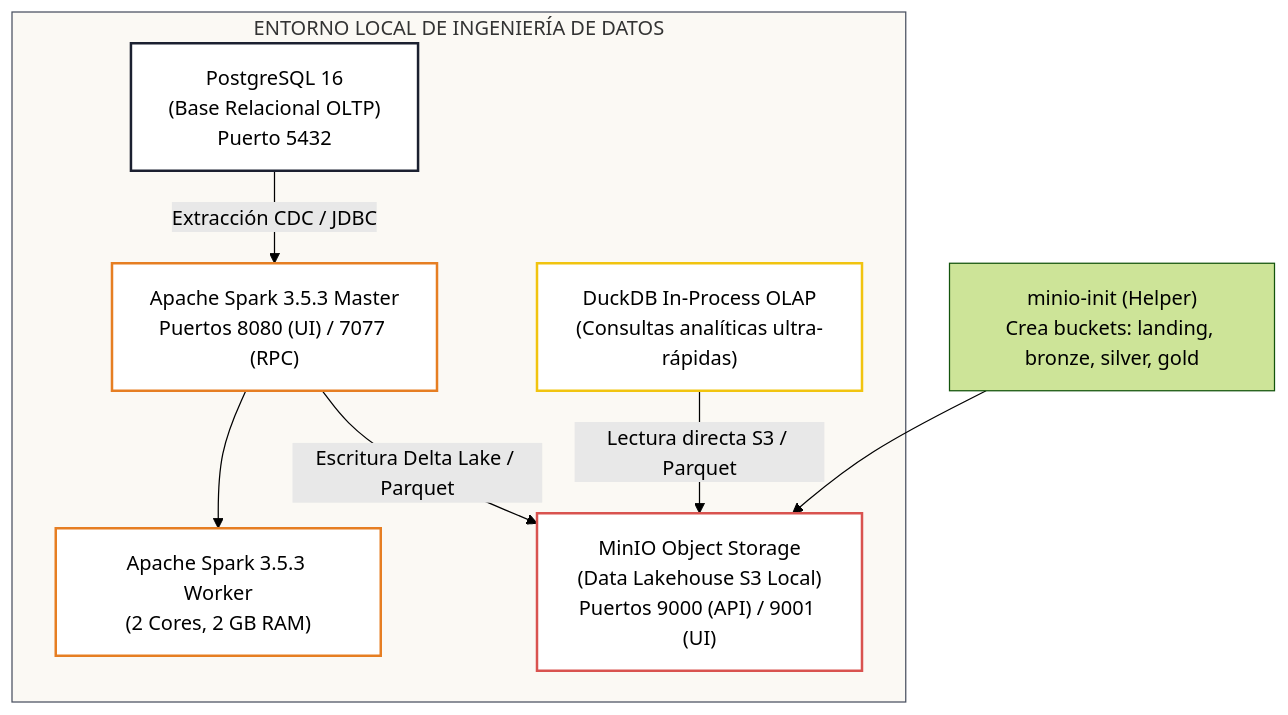
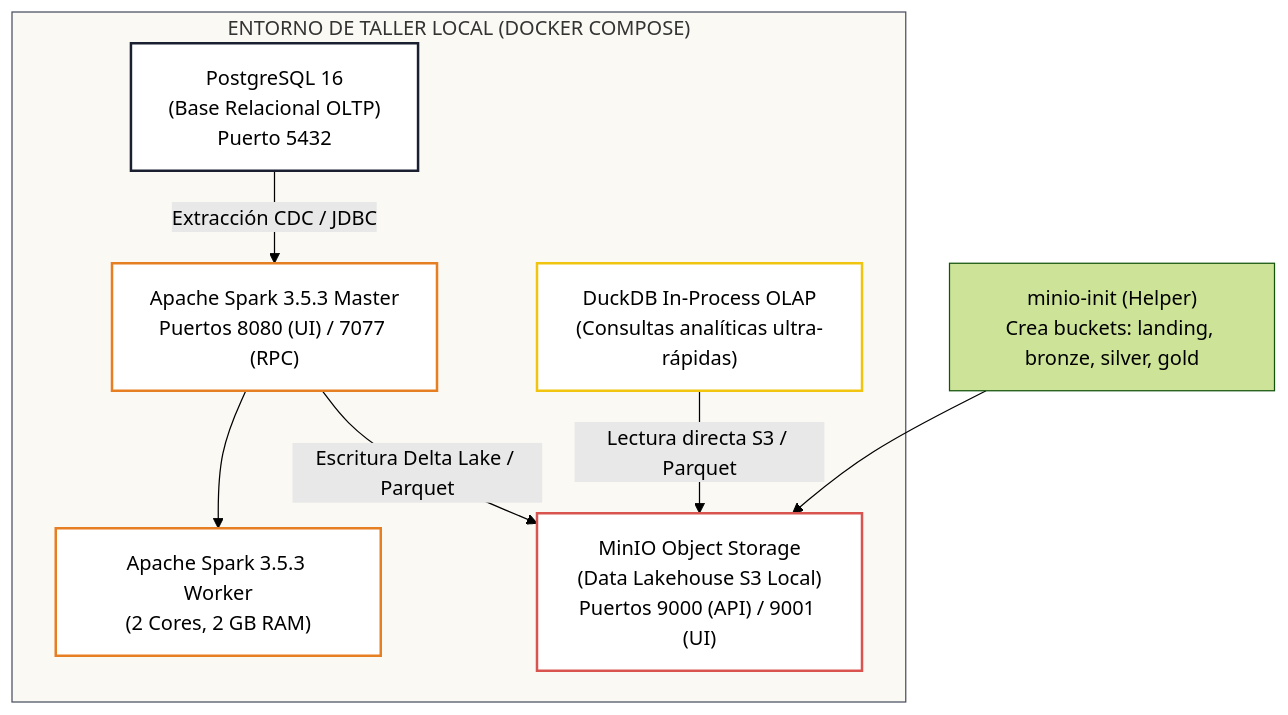
Before and after one commit to Luis-galvis/como-ser-un-data-engineer: the diagram in README.md, drawn with Mermaid (forest theme). The commit also changed other lines of this file and 107 other files, not shown here.

Commit message:
refactor: keep repository strictly for code labs, docker compose, datasets and exercises

````diff
--- a/README.md
+++ b/README.md
@@ -34,23 +21,23 @@
 ```mermaid
 graph TD
-    subgraph Local_Lab ["ENTORNO LOCAL DE INGENIERÍA DE DATOS"]
+    subgraph Local_Lab ["ENTORNO DE TALLER LOCAL (DOCKER COMPOSE)"]
         PG["PostgreSQL 16<br/>(Base Relacional OLTP)<br/>Puerto 5432"]
         MINIO["MinIO Object Storage<br/>(Data Lakehouse S3 Local)<br/>Puertos 9000 (API) / 9001 (UI)"]
         SPARK_M["Apache Spark 3.5.3 Master<br/>Puertos 8080 (UI) / 7077 (RPC)"]
         SPARK_W["Apache Spark 3.5.3 Worker<br/>(2 Cores, 2 GB RAM)"]
         DUCK["DuckDB In-Process OLAP<br/>(Consultas analíticas ultra-rápidas)"]
     end
 
     INIT["minio-init (Helper)<br/>Crea buckets: landing, bronze, silver, gold"] --> MINIO
     SPARK_M --> SPARK_W
     PG -->|Extracción CDC / JDBC| SPARK_M
     SPARK_M -->|Escritura Delta Lake / Parquet| MINIO
     DUCK -->|Lectura directa S3 / Parquet| MINIO
 
     style Local_Lab fill:#fbf9f4,stroke:#4a5160,stroke-width:1px
     style PG fill:#ffffff,stroke:#1b2030,stroke-width:2px
     style MINIO fill:#ffffff,stroke:#d9534f,stroke-width:2px
     style SPARK_M fill:#ffffff,stroke:#e67e22,stroke-width:2px
     style SPARK_W fill:#ffffff,stroke:#e67e22,stroke-width:2px
     style DUCK fill:#ffffff,stroke:#f1c40f,stroke-width:2px
 ```
````
